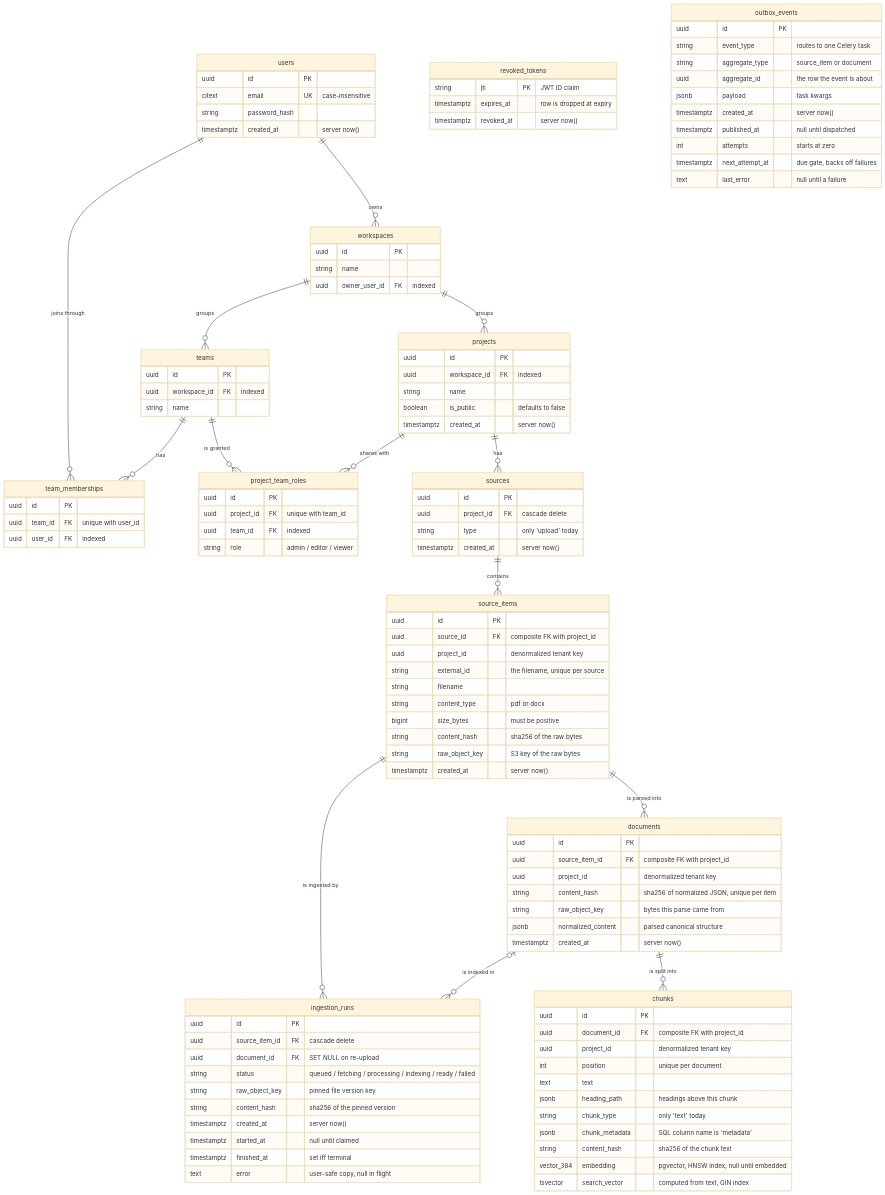
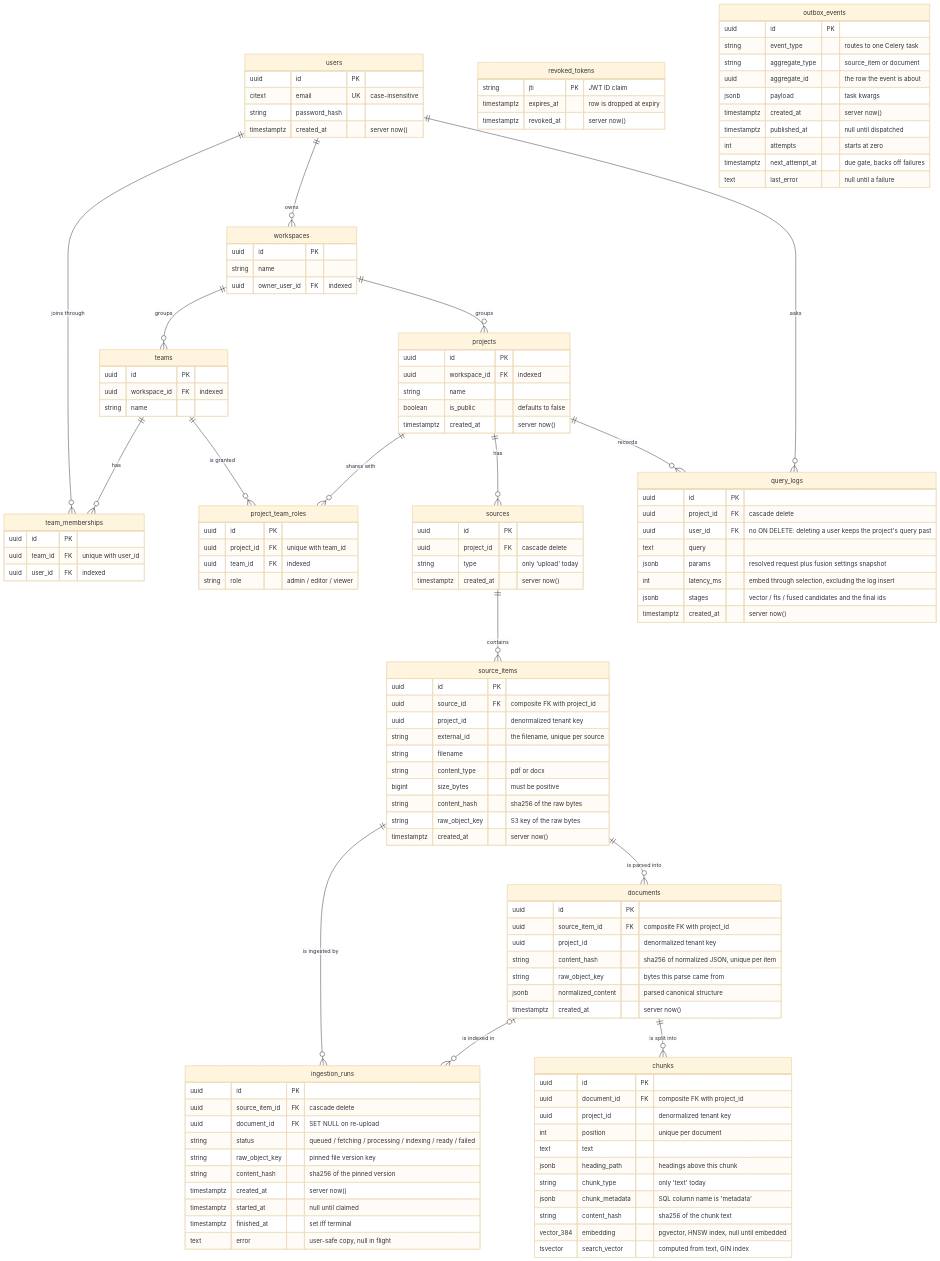
Before and after one commit to dimyG/Loctapus: the second of 2 diagrams in docs/2026-10-19-system-overview.md, drawn with Mermaid (base theme). The commit also changed other lines of this file, not shown here.

Commit message:
docs: document query_logs and the retrieval endpoint in the system overview

````diff
--- a/docs/2026-10-19-system-overview.md
+++ b/docs/2026-10-19-system-overview.md
@@ -316,6 +338,17 @@
         text last_error "null until a failure"
     }
 
+    query_logs {
+        uuid id PK
+        uuid project_id FK "cascade delete"
+        uuid user_id FK "no ON DELETE: deleting a user keeps the project's query past"
+        text query
+        jsonb params "resolved request plus fusion settings snapshot"
+        int latency_ms "embed through selection, excluding the log insert"
+        jsonb stages "vector / fts / fused candidates and the final ids"
+        timestamptz created_at "server now()"
+    }
+
     users ||--o{ workspaces : "owns"
     workspaces ||--o{ teams : "groups"
     workspaces ||--o{ projects : "groups"
@@ -329,4 +362,6 @@
     source_items ||--o{ ingestion_runs : "is ingested by"
     documents |o--o{ ingestion_runs : "is indexed in"
     documents ||--o{ chunks : "is split into"
+    projects ||--o{ query_logs : "records"
+    users ||--o{ query_logs : "asks"
 ```
````
